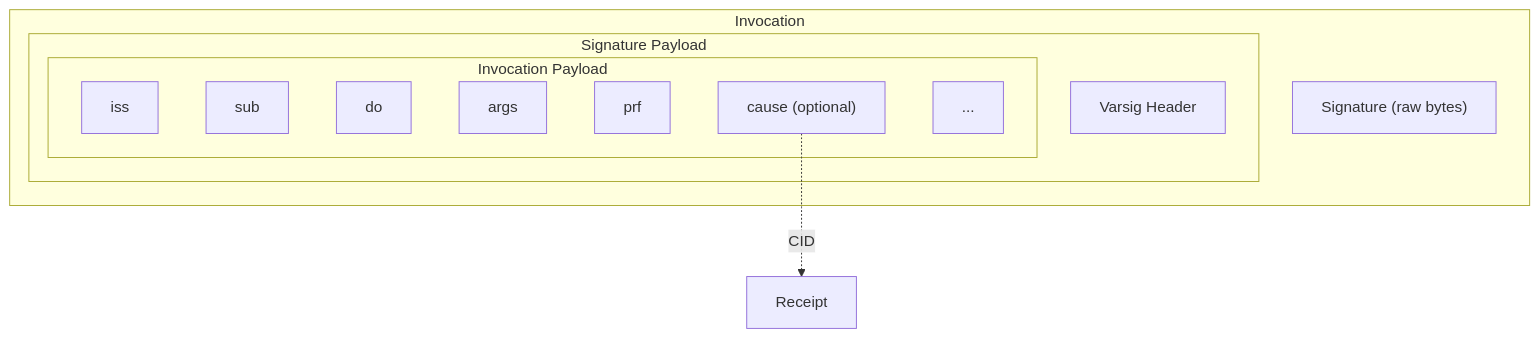
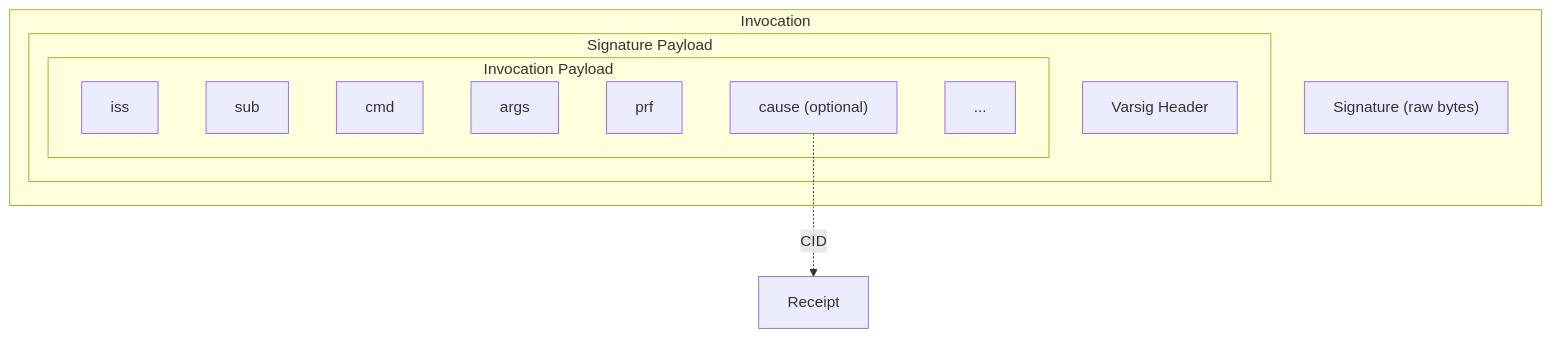
One commit to ucan-wg/invocation changed the third of 4 diagrams in README.md. Above: the diagram before and after it, drawn with Mermaid. The commit also changed other lines of this file, not shown here.

````diff
--- a/README.md
+++ b/README.md
@@ -171,22 +172,22 @@
 ``` mermaid
 flowchart TD
     subgraph Invocation
         SignatureBytes["Signature (raw bytes)"]
       
         subgraph SigPayload ["Signature Payload"]
             VarsigHeader["Varsig Header"]
 
             subgraph InvocationPayload ["Invocation Payload"]
                 iss
                 sub
-                do
+                cmd
                 args
                 prf
                 cause["cause (optional)"]
                 etc["..."]
             end
         end
     end
     
     cause -.->|CID| Receipt
 ```
````
